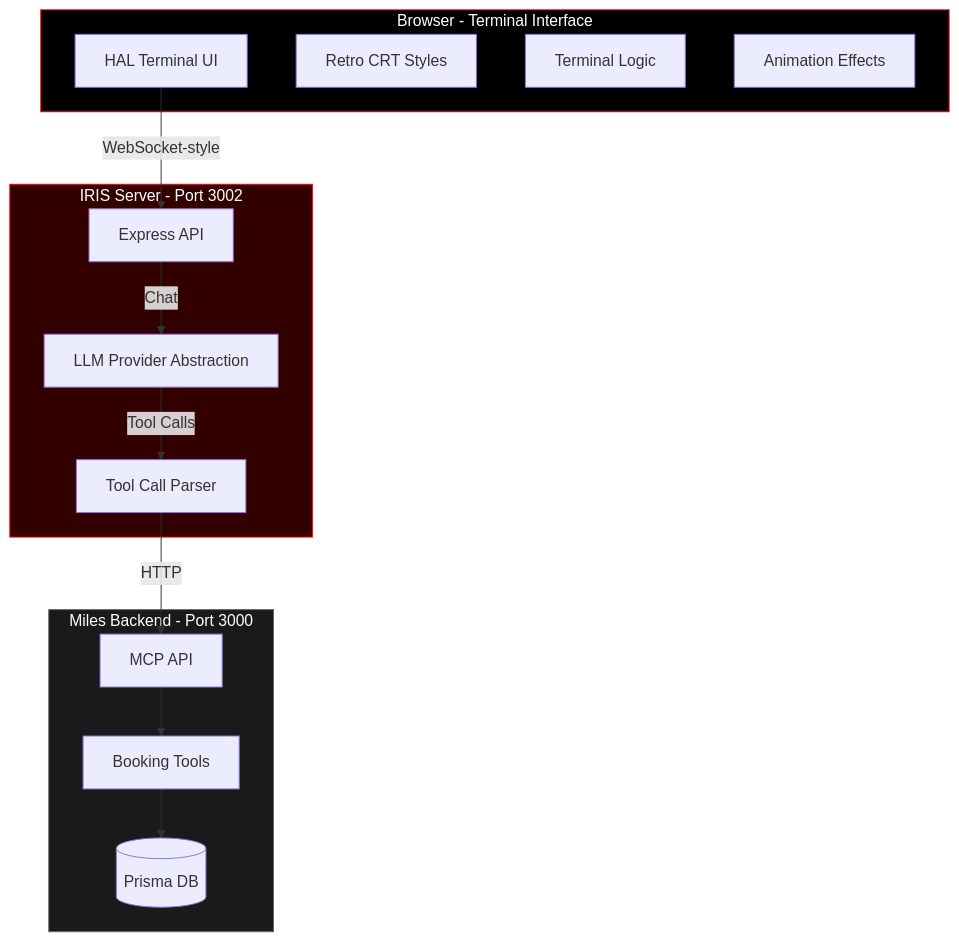
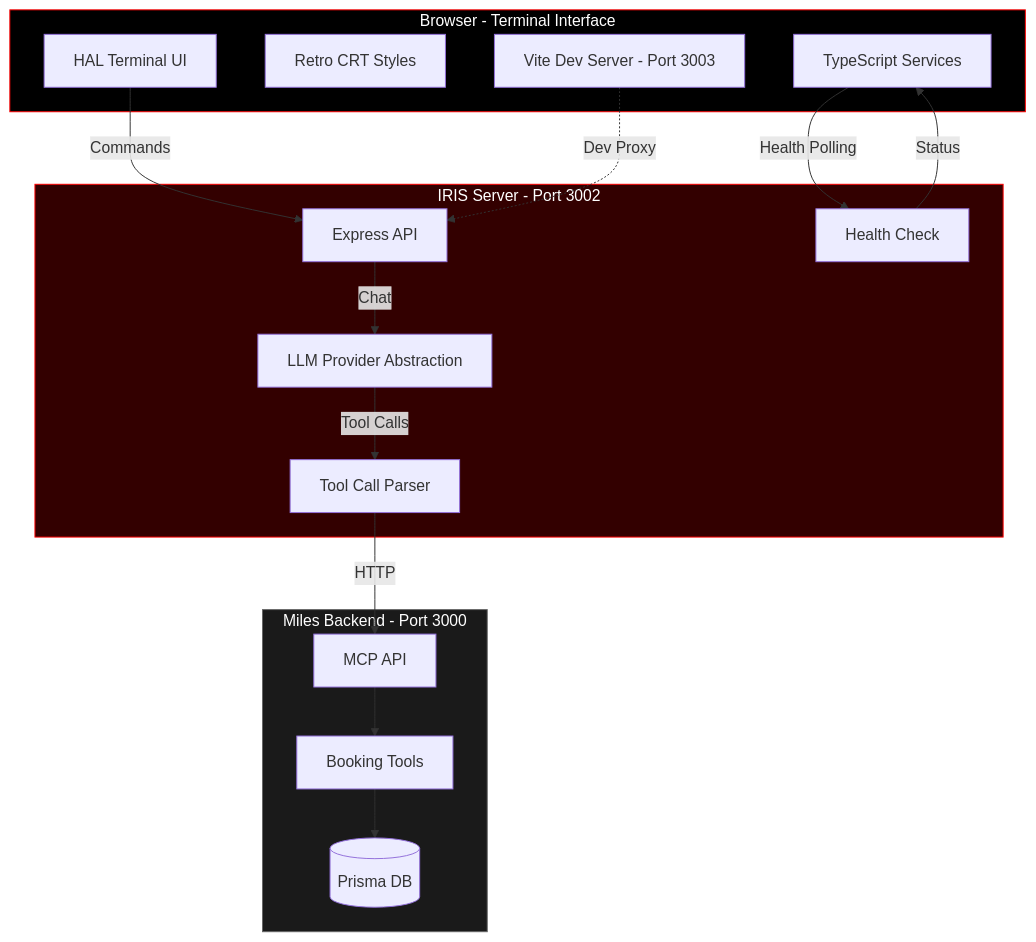
Before and after one commit to miles-no/assistant: the diagram in iris/README.md, drawn with Mermaid. The commit also changed other lines of this file and 10 other files, not shown here.

````diff
--- a/iris/README.md
+++ b/iris/README.md
@@ -74,32 +75,36 @@
 ```mermaid
 graph TB
     subgraph Client[Browser - Terminal Interface]
         HTML[HAL Terminal UI]
         CSS[Retro CRT Styles]
-        JS[Terminal Logic]
-        ANIM[Animation Effects]
+        TS[TypeScript Services]
+        VITE[Vite Dev Server - Port 3003]
     end
 
     subgraph IRIS[IRIS Server - Port 3002]
         API[Express API]
         LLM[LLM Provider Abstraction]
         PARSE[Tool Call Parser]
+        HEALTH[Health Check]
     end
 
     subgraph Backend[Miles Backend - Port 3000]
         MCP[MCP API]
         TOOLS[Booking Tools]
         DB[(Prisma DB)]
     end
 
-    HTML -->|WebSocket-style| API
+    HTML -->|Commands| API
+    TS -->|Health Polling| HEALTH
+    HEALTH -->|Status| TS
     API -->|Chat| LLM
     LLM -->|Tool Calls| PARSE
     PARSE -->|HTTP| MCP
     MCP --> TOOLS
     TOOLS --> DB
+    VITE -.->|Dev Proxy| API
 
     style IRIS fill:#330000,stroke:#ff0000,color:#fff
     style Client fill:#000,stroke:#ff0000,color:#fff
     style Backend fill:#1a1a1a,stroke:#666,color:#fff
 ```
````
